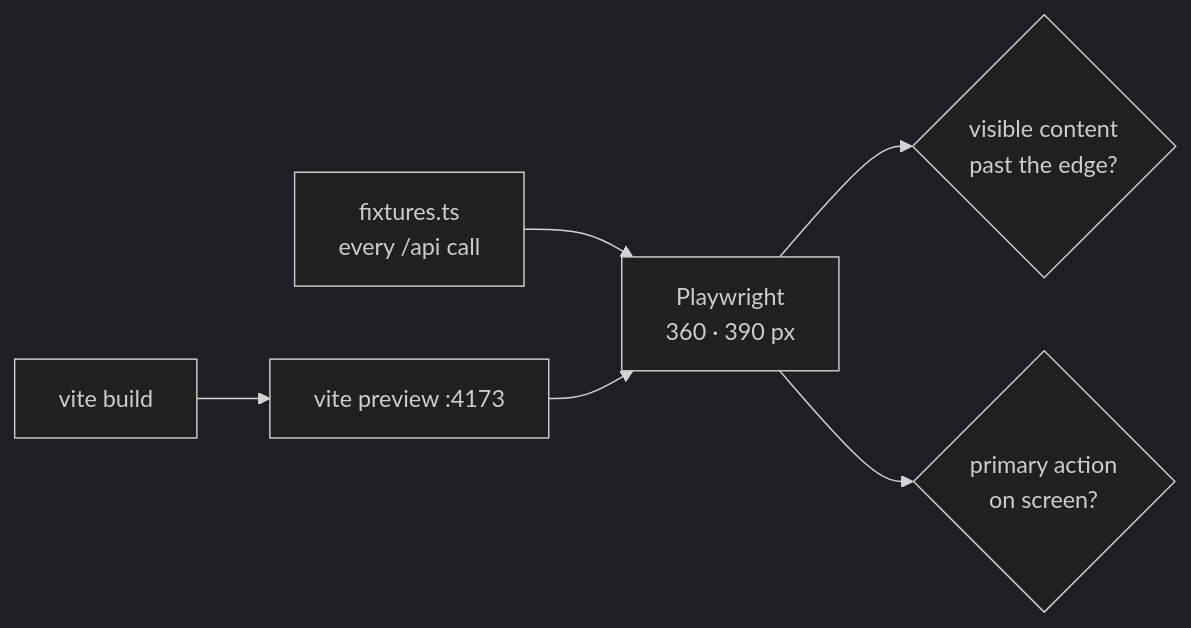
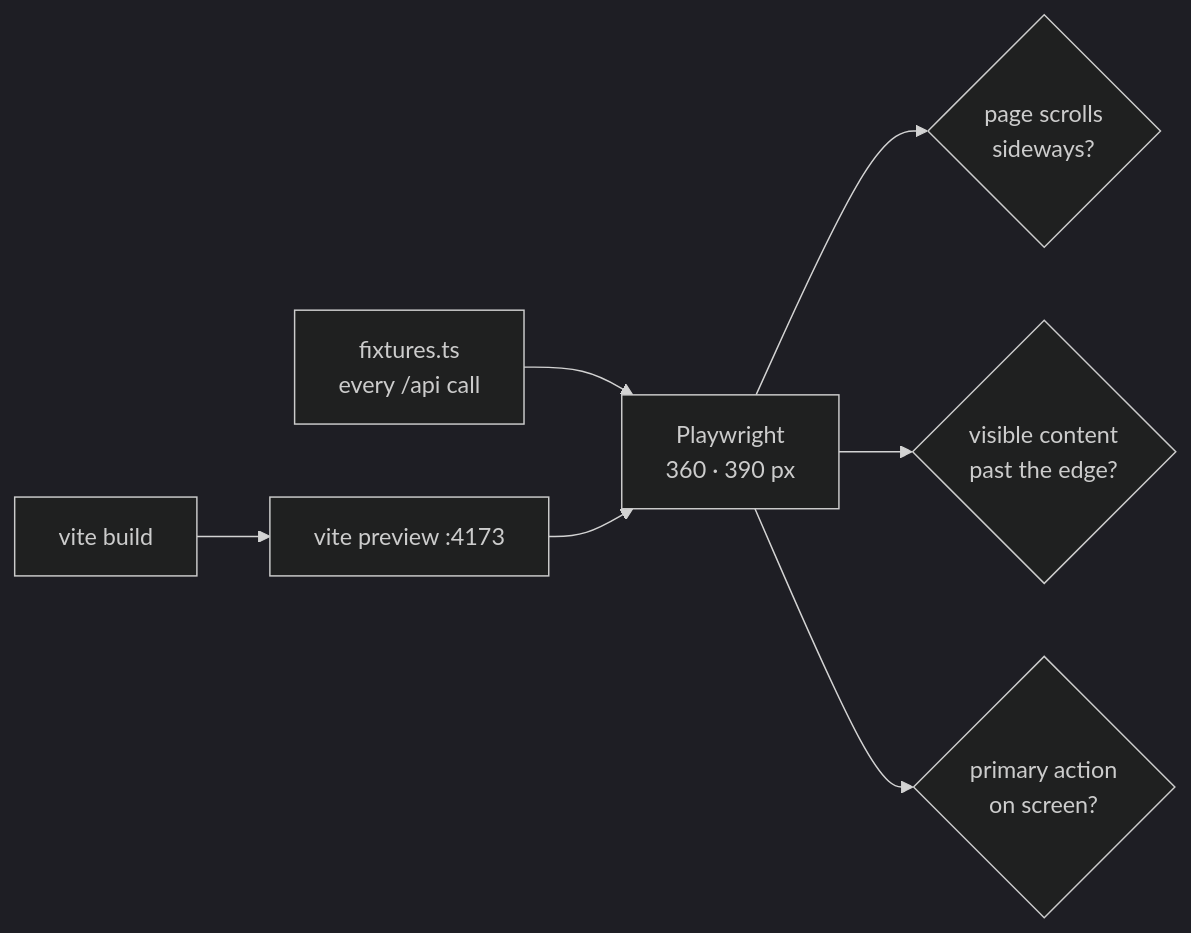
The second of 8 diagrams in docs/testing.md (gjovanov/roomler-ai), drawn with Mermaid (dark theme) before and after one commit. The commit also changed other lines of this file and 1 other file, not shown here.

First line of the commit message:
ci(fr-116): D6 — the smoke checks the page's real scroller, and never exempts it

````diff
--- a/docs/testing.md
+++ b/docs/testing.md
@@ -120,8 +126,9 @@
   ```mermaid
   flowchart LR
       B["vite build"] --> P["vite preview :4173"]
       F["fixtures.ts<br/>every /api call"] --> PW["Playwright<br/>360 · 390 px"]
       P --> PW
+      PW --> C0{"page scrolls<br/>sideways?"}
       PW --> C1{"visible content<br/>past the edge?"}
       PW --> C2{"primary action<br/>on screen?"}
   ```
````
